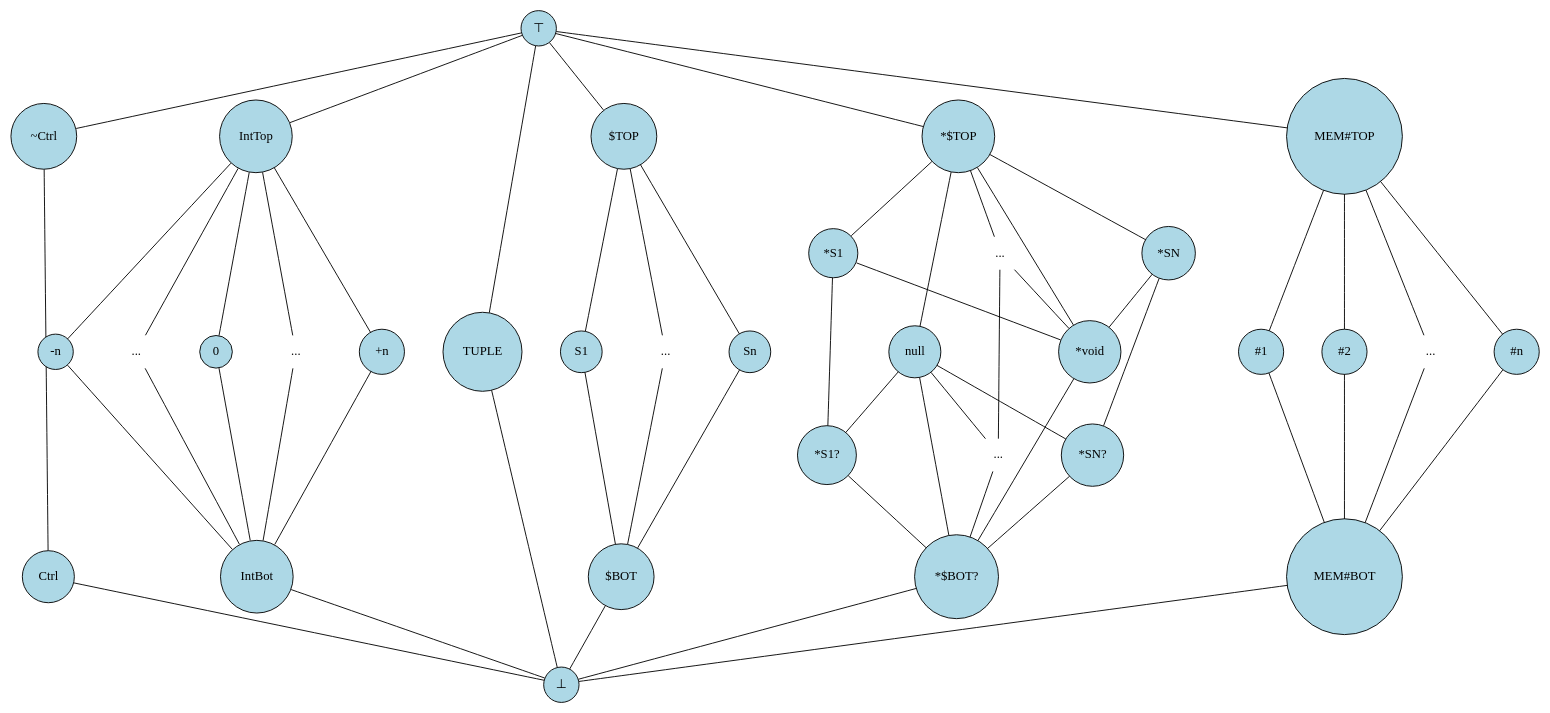
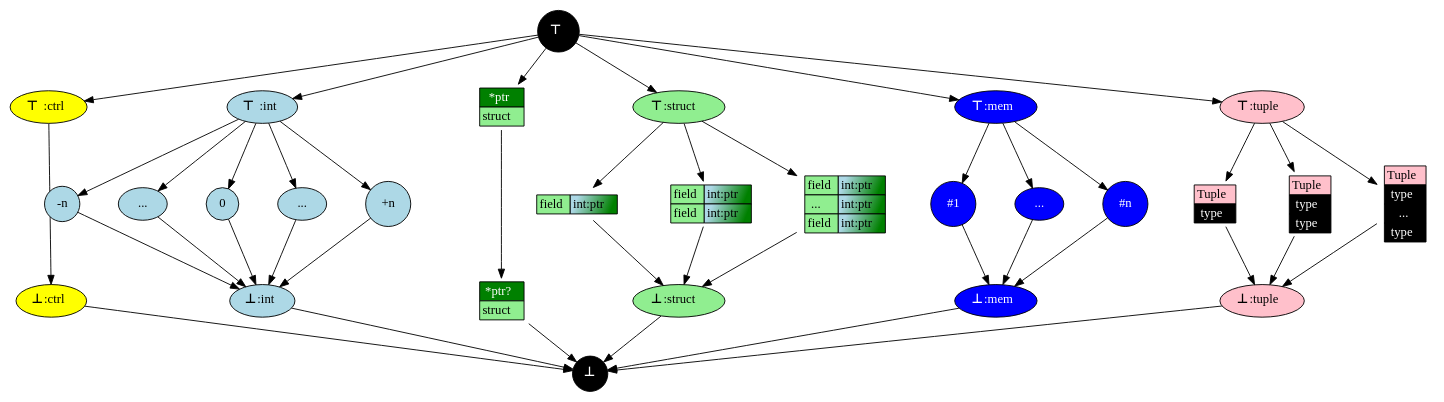
Before and after one commit to SeaOfNodes/Simple: the diagram in chapter10/docs/lattice.gv, drawn with Graphviz. The commit also changed 5 other files, not shown here.

Commit message:
Upgrades to the Type lattice diagrams

```diff
--- a/chapter10/docs/lattice.gv
+++ b/chapter10/docs/lattice.gv
@@ -1,135 +1,169 @@
 digraph Lattice {
+    compound = true;
     // Define nodes
     splines=false;
-    node [shape=circle, style=filled, fillcolor=lightblue];
+    node [shape=circle, style=filled];
     nodesep=0.6;
 
-    TOP [label="⊤"];
-    BOT [label="⊥"];
+    TOP [label=<<B>⊤ </B>>, fillcolor=black, fontcolor=white];
+    BOT [label=<<B>⊥</B>>, fillcolor=black, fontcolor=white];
 
-    XCTRL [label="~Ctrl"];
-    CTRL [label="Ctrl"];
+    // ----------------------
+    // Control
+    XCTRL [label=<<B>⊤ </B>:ctrl>, fillcolor=yellow, shape=oval];
+    CTRL  [label=<<B>⊥</B>:ctrl>, fillcolor=yellow, shape=oval];
 
-    INT_TOP [label="IntTop"];
-    INT_BOT [label="IntBot"];
+    TOP   -> XCTRL;
+    XCTRL -> CTRL;
+    CTRL  -> BOT;
 
-    INT_MIN [label="-n"];
-    INT_MINDOTS [label="..." shape=none style=none];
-    INT_ZERO [label="0"];
-    INT_MAXDOTS [label="..." shape=none style=none];
-    INT_MAX [label="+n"];
+    // ----------------------
+    // Integers
+    INT_TOP [label=<<B>⊤ </B>:int>, fillcolor=lightblue, shape=oval];
+    INT_BOT [label=<<B>⊥</B>:int>, fillcolor=lightblue, shape=oval];
 
-    TUPLE [label="TUPLE"];
-
-    STRUCT_TOP [label="$TOP"];
-    STRUCT_S1  [label="S1"];
-    STRUCT_DOTS  [label="..." shape=none style=none];
-    STRUCT_SN  [label="Sn"];
-    STRUCT_BOT [label="$BOT"]
-
-    PTR_TOP      [label="*$TOP"];
-    PTR_NULL     [label="null"];
-    PTR_VOIDPTR  [label="*void"];
-    PTR_S1       [label="*S1"];
-    PTR_SDOTS    [label="..." shape=none style=none];
-    PTR_SN       [label="*SN"];
-    PTR_S1OPT    [label="*S1?"];
-    PTR_SOPTDOTS    [label="..." shape=none style=none];
-    PTR_SNOPT    [label="*SN?"];
-    PTR_BOT      [label="*$BOT?"];
-
-    MEM_TOP      [label="MEM#TOP"];
-    MEM_ALIAS1   [label="#1"];
-    MEM_ALIAS2   [label="#2"];
-    MEM_ALIASDOTS  [label="..." shape=none style=none];
-    MEM_ALIASN   [label="#n"];
-    MEM_BOT      [label="MEM#BOT"];
-
-    // Define edges
-    edge [arrowhead=none];
-
-    TOP -> XCTRL;
-    XCTRL -> CTRL;
-    CTRL -> BOT;
+    INT_MIN     [label="-n" , fillcolor=lightblue];
+    INT_MINDOTS [label="...", fillcolor=lightblue, shape=oval];
+    INT_ZERO    [label="0"  , fillcolor=lightblue];
+    INT_MAXDOTS [label="...", fillcolor=lightblue, shape=oval];
+    INT_MAX     [label="+n" , fillcolor=lightblue];
 
     TOP         -> INT_TOP;
     INT_TOP     -> INT_MIN;
     INT_TOP     -> INT_MINDOTS;
     INT_TOP     -> INT_ZERO;
     INT_TOP     -> INT_MAXDOTS;
     INT_TOP     -> INT_MAX;
     INT_MIN     -> INT_BOT;
     INT_MINDOTS -> INT_BOT;
     INT_ZERO    -> INT_BOT;
     INT_MAXDOTS -> INT_BOT;
     INT_MAX     -> INT_BOT;
     INT_BOT     -> BOT;
 
     INT_MIN -> INT_MINDOTS -> INT_ZERO -> INT_MAXDOTS -> INT_MAX [style=invis];
 
-    TOP          -> TUPLE;
-    TUPLE        -> BOT;
+    // ----------------------
+    // Pointers, just a boolean nil/not and a struct
+    PTR  [shape=none, fillcolor=none, label=<
+      <TABLE BORDER="0" CELLBORDER="1" CELLSPACING="0">
+        <TR><TD BGCOLOR="green"><FONT color="white">*ptr</FONT></TD></TR>
+        <TR><TD BGCOLOR="lightgreen">struct</TD></TR>
+      </TABLE>
+    >];
+    PTR0  [shape=none, fillcolor=none, label=<
+      <TABLE BORDER="0" CELLBORDER="1" CELLSPACING="0">
+        <TR><TD BGCOLOR="green"><FONT color="white">*ptr?</FONT></TD></TR>
+        <TR><TD BGCOLOR="lightgreen">struct</TD></TR>
+      </TABLE>
+    >];
+    
+    TOP  -> PTR;
+    PTR  -> PTR0;
+    PTR0 -> BOT;
+
+    // ----------------------
+    // Structs
+    STRUCT_TOP    [label=<<B>⊤</B>:struct>, fillcolor=lightgreen, shape=oval];
+
+    STRUCT_S1  [shape=none, fillcolor=none, label=<
+      <TABLE BORDER="0" CELLBORDER="1" CELLSPACING="0">
+        <TR><TD BGCOLOR="lightgreen">field</TD><TD BGCOLOR="lightblue:green" gradientangle="315">int:ptr</TD></TR>
+      </TABLE>
+    >];
+    STRUCT_S2  [shape=none, fillcolor=none, label=<
+      <TABLE BORDER="0" CELLBORDER="1" CELLSPACING="0">
+        <TR><TD BGCOLOR="lightgreen">field</TD><TD BGCOLOR="lightblue:green" gradientangle="315">int:ptr</TD></TR>
+        <TR><TD BGCOLOR="lightgreen">field</TD><TD BGCOLOR="lightblue:green" gradientangle="315">int:ptr</TD></TR>
+      </TABLE>
+    >];
+    STRUCT_SN  [shape=none, fillcolor=none, label=<
+      <TABLE BORDER="0" CELLBORDER="1" CELLSPACING="0">
+        <TR><TD BGCOLOR="lightgreen">field</TD><TD BGCOLOR="lightblue:green" gradientangle="315">int:ptr</TD></TR>
+        <TR><TD BGCOLOR="lightgreen">...  </TD><TD BGCOLOR="lightblue:green" gradientangle="315">int:ptr</TD></TR>
+        <TR><TD BGCOLOR="lightgreen">field</TD><TD BGCOLOR="lightblue:green" gradientangle="315">int:ptr</TD></TR>
+      </TABLE>
+    >];
+
+    STRUCT_BOT    [label=<<B>⊥</B>:struct>, fillcolor=lightgreen, shape=oval]
 
     TOP          -> STRUCT_TOP;
     STRUCT_TOP   -> STRUCT_S1;
-    STRUCT_TOP   -> STRUCT_DOTS;
+    STRUCT_TOP   -> STRUCT_S2;
     STRUCT_TOP   -> STRUCT_SN;
     STRUCT_S1    -> STRUCT_BOT;
-    STRUCT_DOTS  -> STRUCT_BOT;
+    STRUCT_S2    -> STRUCT_BOT;
     STRUCT_SN    -> STRUCT_BOT;
     STRUCT_BOT   -> BOT;
 
-    STRUCT_S1 -> STRUCT_DOTS -> STRUCT_SN [style=invis];
+    STRUCT_S1 -> STRUCT_S2 -> STRUCT_SN [style=invis];
 
-    TOP          -> PTR_TOP;
-    PTR_TOP      -> PTR_S1;
-    PTR_TOP      -> PTR_SDOTS;
-    PTR_TOP      -> PTR_SN;
-    PTR_TOP      -> PTR_NULL;
-    PTR_TOP      -> PTR_VOIDPTR;
-    PTR_NULL     -> PTR_BOT;
-    PTR_NULL     -> PTR_S1OPT;
-    PTR_NULL     -> PTR_SOPTDOTS;
-    PTR_NULL     -> PTR_SNOPT;
-    PTR_S1       -> PTR_S1OPT;
-    PTR_S1       -> PTR_VOIDPTR;
-    PTR_SDOTS    -> PTR_SOPTDOTS;
-    PTR_SDOTS    -> PTR_VOIDPTR;
-    PTR_SN       -> PTR_SNOPT;
-    PTR_SN       -> PTR_VOIDPTR;
-    PTR_VOIDPTR  -> PTR_BOT;
-    PTR_S1OPT    -> PTR_BOT;
-    PTR_SOPTDOTS -> PTR_BOT;
-    PTR_SNOPT    -> PTR_BOT;
-    PTR_BOT      -> BOT;
-
-    PTR_S1 -> PTR_SDOTS -> PTR_SN [style=invis];
-    PTR_S1OPT -> PTR_SOPTDOTS -> PTR_SNOPT [style=invis];
+    // ----------------------
+    // Memory
+    MEM_TOP       [label=<<B>⊤</B>:mem>, fillcolor=blue, fontcolor=white, shape=oval];
+    MEM_ALIAS1    [label="#1"     , fillcolor=blue, fontcolor=white];
+    MEM_ALIASDOTS [label="..."    , fillcolor=blue, fontcolor=white, shape=oval];
+    MEM_ALIASN    [label="#n"     , fillcolor=blue, fontcolor=white];
+    MEM_BOT       [label=<<B>⊥</B>:mem>, fillcolor=blue, fontcolor=white, shape=oval];
 
     TOP          -> MEM_TOP;
     MEM_TOP      -> MEM_ALIAS1;
-    MEM_TOP      -> MEM_ALIAS2;
     MEM_TOP      -> MEM_ALIASDOTS;
     MEM_TOP      -> MEM_ALIASN;
     MEM_ALIAS1   -> MEM_BOT;
-    MEM_ALIAS2   -> MEM_BOT;
     MEM_ALIASDOTS -> MEM_BOT;
     MEM_ALIASN    -> MEM_BOT;
     MEM_BOT       -> BOT;
 
-    MEM_ALIAS1 -> MEM_ALIAS2 -> MEM_ALIASDOTS -> MEM_ALIASN [style=invis];
+    MEM_ALIAS1 -> MEM_ALIASDOTS -> MEM_ALIASN [style=invis];
 
+    // ----------------------
+    // Tuples
+
+    TUPLE_TOP [label=<<B>⊤</B>:tuple>, fillcolor=pink, shape=oval];
+
+    TUPLE1 [shape=none, fillcolor=none, label=<
+      <TABLE BORDER="0" CELLBORDER="1" CELLSPACING="0">
+        <TH><TD BGCOLOR="pink">Tuple</TD></TH>
+        <TR><TD BGCOLOR="black" ><FONT color="white">type</FONT></TD></TR>
+      </TABLE>
+    >];
+    TUPLE2 [shape=none, fillcolor=none, label=<
+      <TABLE BORDER="0" CELLBORDER="1" CELLSPACING="0">
+        <TH><TD BGCOLOR="pink">Tuple</TD></TH>
+        <TR><TD BGCOLOR="black" ><FONT color="white">type</FONT></TD></TR>
+        <TR><TD BGCOLOR="black" ><FONT color="white">type</FONT></TD></TR>
+      </TABLE>
+    >];
+    TUPLEN [shape=none, fillcolor=none, label=<
+      <TABLE BORDER="0" CELLBORDER="1" CELLSPACING="0">
+        <TH><TD BGCOLOR="pink">Tuple</TD></TH>
+        <TR><TD BGCOLOR="black" ><FONT color="white">type</FONT></TD></TR>
+        <TR><TD BGCOLOR="black" ><FONT color="white">...</FONT></TD></TR>
+        <TR><TD BGCOLOR="black" ><FONT color="white">type</FONT></TD></TR>
+      </TABLE>
+    >];
+
+    TUPLE_BOT [label=<<B>⊥</B>:tuple>, fillcolor=pink, shape=oval];
+
+    TOP -> TUPLE_TOP;
+    TUPLE_TOP -> TUPLE1;
+    TUPLE_TOP -> TUPLE2;
+    TUPLE_TOP -> TUPLEN;
+    TUPLE1 -> TUPLE_BOT;
+    TUPLE2 -> TUPLE_BOT;
+    TUPLEN -> TUPLE_BOT;
+    TUPLE_BOT -> BOT;
+
+    // ----------------------
     // Additional customization
     {rank=same; TOP;}
-    {rank=same; INT_TOP; XCTRL; STRUCT_TOP; PTR_TOP; MEM_TOP;}
-    {rank=same; PTR_S1; PTR_SDOTS; PTR_SN;}
+    {rank=same; INT_TOP; XCTRL; STRUCT_TOP; MEM_TOP; TUPLE_TOP}
     {rank=same; INT_MIN; INT_MINDOTS;
                 INT_ZERO; INT_MAXDOTS;
-                INT_MAX; TUPLE; STRUCT_S1; STRUCT_DOTS; STRUCT_SN;
-                PTR_NULL; PTR_VOIDPTR;
-                MEM_ALIAS1; MEM_ALIAS2;
+                INT_MAX; STRUCT_S1; STRUCT_S2; STRUCT_SN;
+                MEM_ALIAS1; 
                 MEM_ALIASDOTS; MEM_ALIASN;}
-    {rank=same; PTR_S1OPT; PTR_SOPTDOTS; PTR_SNOPT; }
-    {rank=same; INT_BOT; CTRL; STRUCT_BOT; PTR_BOT; MEM_BOT;}
+    {rank=same; INT_BOT; CTRL; STRUCT_BOT; MEM_BOT; TUPLE_BOT}
     {rank=same; BOT;}
 }
```
